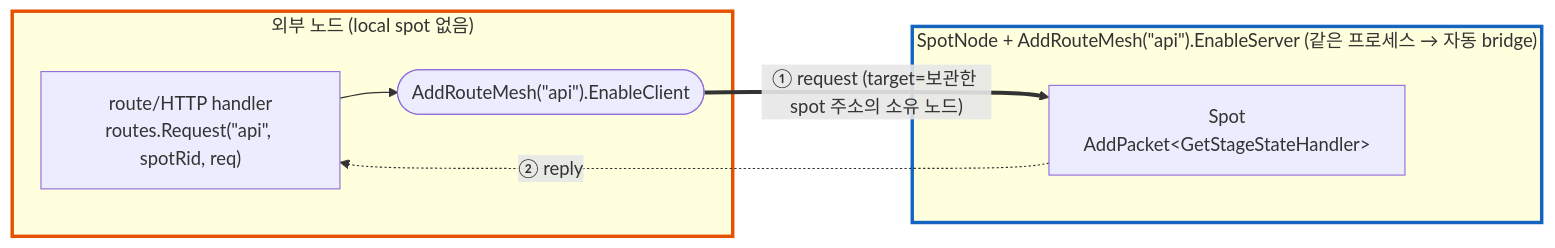
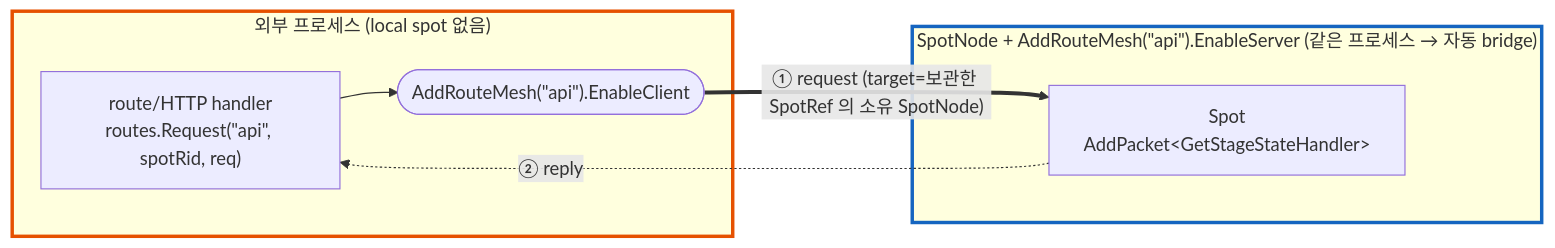
Before and after one commit to kairos-code-dev/zlink: the eighth of 8 diagrams in framework/doc/framework/dotnet/guide/05-spot.ko.md, drawn with Mermaid. The commit also changed other lines of this file and 87 other files, not shown here.

````diff
--- a/framework/doc/framework/dotnet/guide/05-spot.ko.md
+++ b/framework/doc/framework/dotnet/guide/05-spot.ko.md
@@ -915,15 +947,15 @@
 ```mermaid
 flowchart LR
-  subgraph ext["외부 노드 (local spot 없음)"]
+  subgraph ext["외부 프로세스 (local spot 없음)"]
     h["route/HTTP handler<br/>routes.Request(&quot;api&quot;, spotRid, req)"]
     c(["AddRouteMesh(&quot;api&quot;).EnableClient"])
     h --> c
   end
   subgraph sn["SpotNode + AddRouteMesh(&quot;api&quot;).EnableServer (같은 프로세스 → 자동 bridge)"]
     sp["Spot<br/>AddPacket&lt;GetStageStateHandler&gt;"]
   end
-  c ==>|"① request (target=보관한 spot 주소의 소유 노드)"| sp
+  c ==>|"① request (target=보관한 SpotRef 의 소유 SpotNode)"| sp
   sp -.->|"② reply"| h
   style sn stroke:#1565c0,stroke-width:3px
   style ext stroke:#e65100,stroke-width:3px
 ```
````
